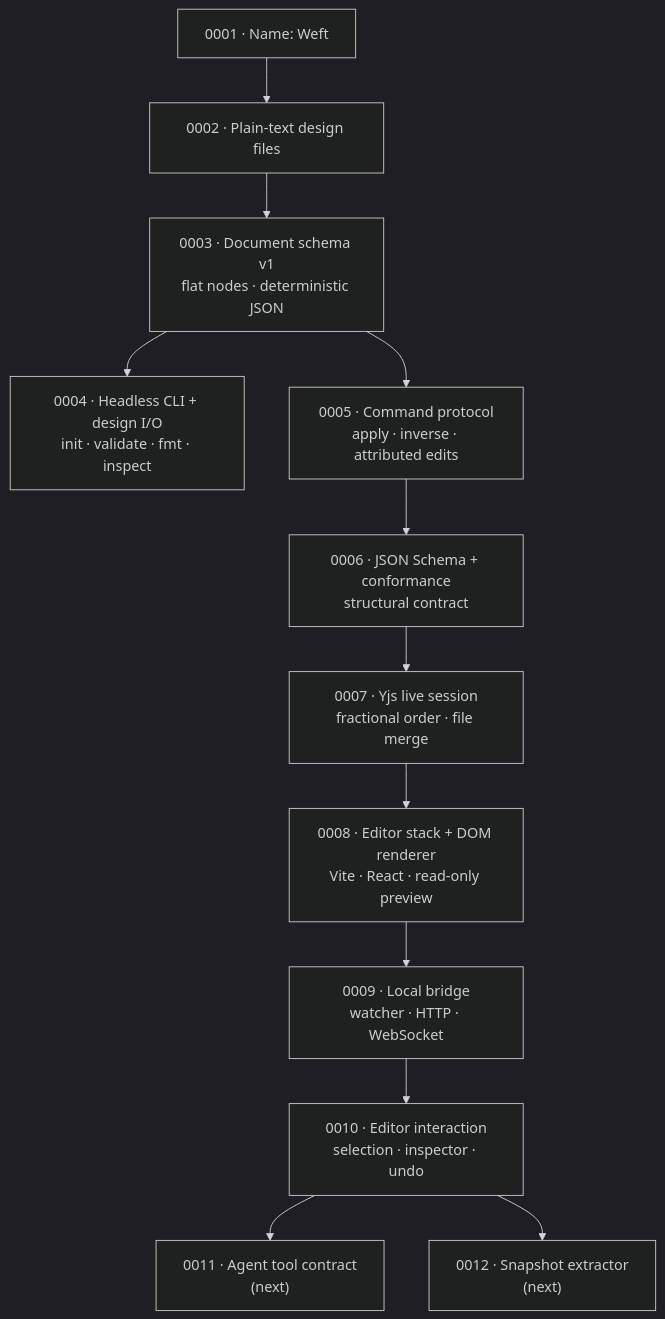
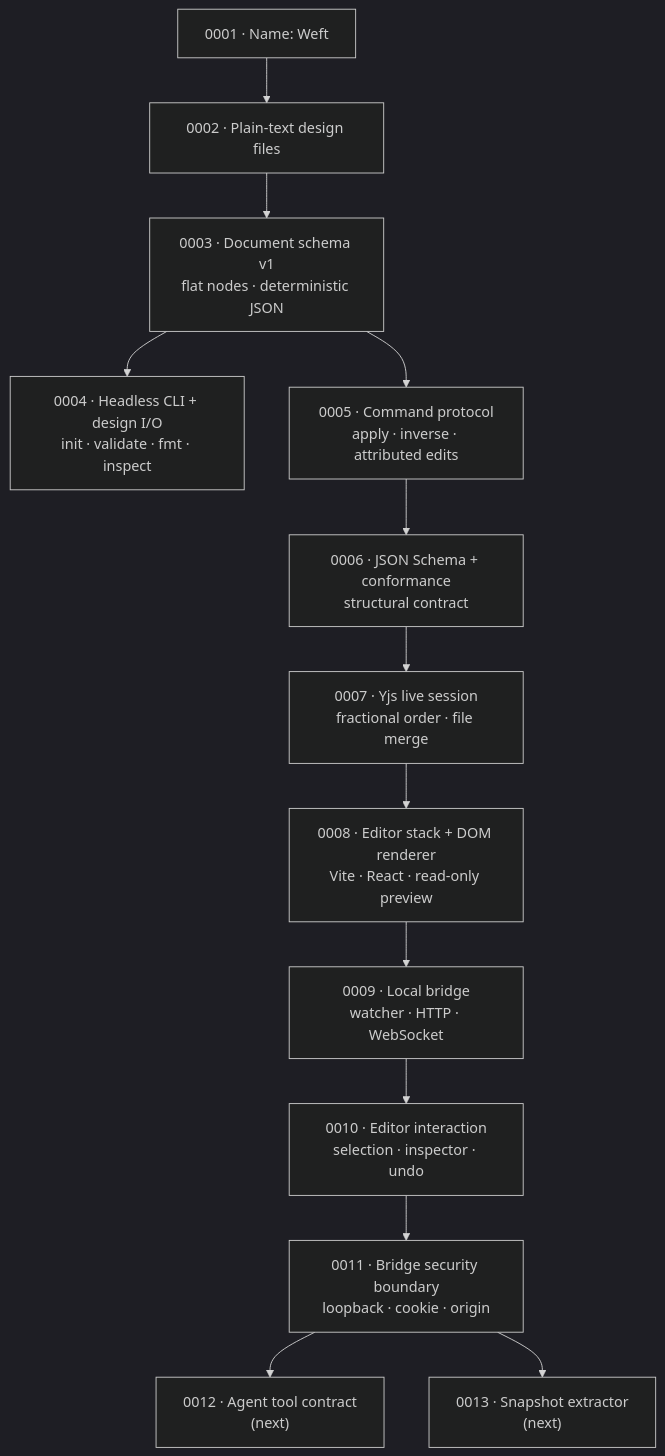
Before and after one commit to Pranesh-Selvaraj/Weft: the diagram in docs/decisions/README.md, drawn with Mermaid (dark theme). The commit also changed other lines of this file and 15 other files, not shown here.

First line of the commit message:
Harden the local bridge boundary (#8)

````diff
--- a/docs/decisions/README.md
+++ b/docs/decisions/README.md
@@ -33,14 +34,15 @@
 ```mermaid
 graph TD
     A["0001 · Name: Weft"] --> B["0002 · Plain-text design files"]
     B --> C["0003 · Document schema v1<br/>flat nodes · deterministic JSON"]
     C --> D["0004 · Headless CLI + design I/O<br/>init · validate · fmt · inspect"]
     C --> E["0005 · Command protocol<br/>apply · inverse · attributed edits"]
     E --> F["0006 · JSON Schema + conformance<br/>structural contract"]
     F --> G["0007 · Yjs live session<br/>fractional order · file merge"]
     G --> H["0008 · Editor stack + DOM renderer<br/>Vite · React · read-only preview"]
     H --> I["0009 · Local bridge<br/>watcher · HTTP · WebSocket"]
     I --> J["0010 · Editor interaction<br/>selection · inspector · undo"]
-    J --> K["0011 · Agent tool contract<br/>(next)"]
-    J --> L["0012 · Snapshot extractor<br/>(next)"]
+    J --> K["0011 · Bridge security boundary<br/>loopback · cookie · origin"]
+    K --> L["0012 · Agent tool contract<br/>(next)"]
+    K --> M["0013 · Snapshot extractor<br/>(next)"]
 ```
````
